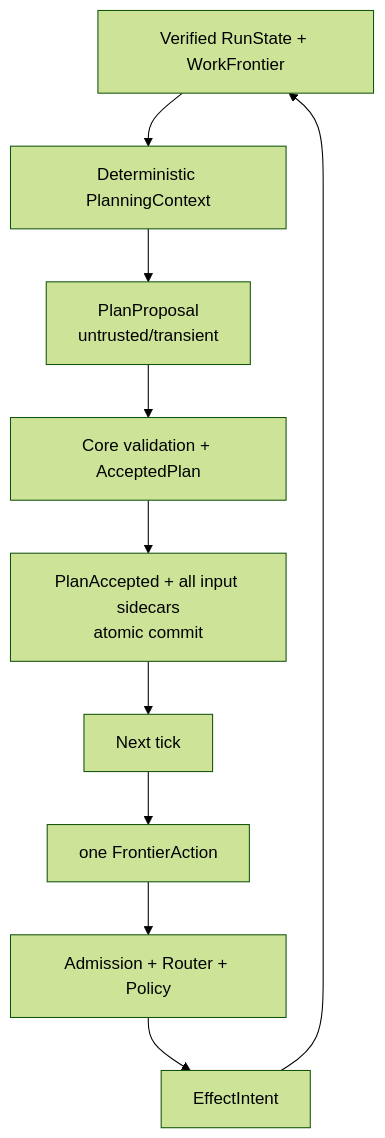
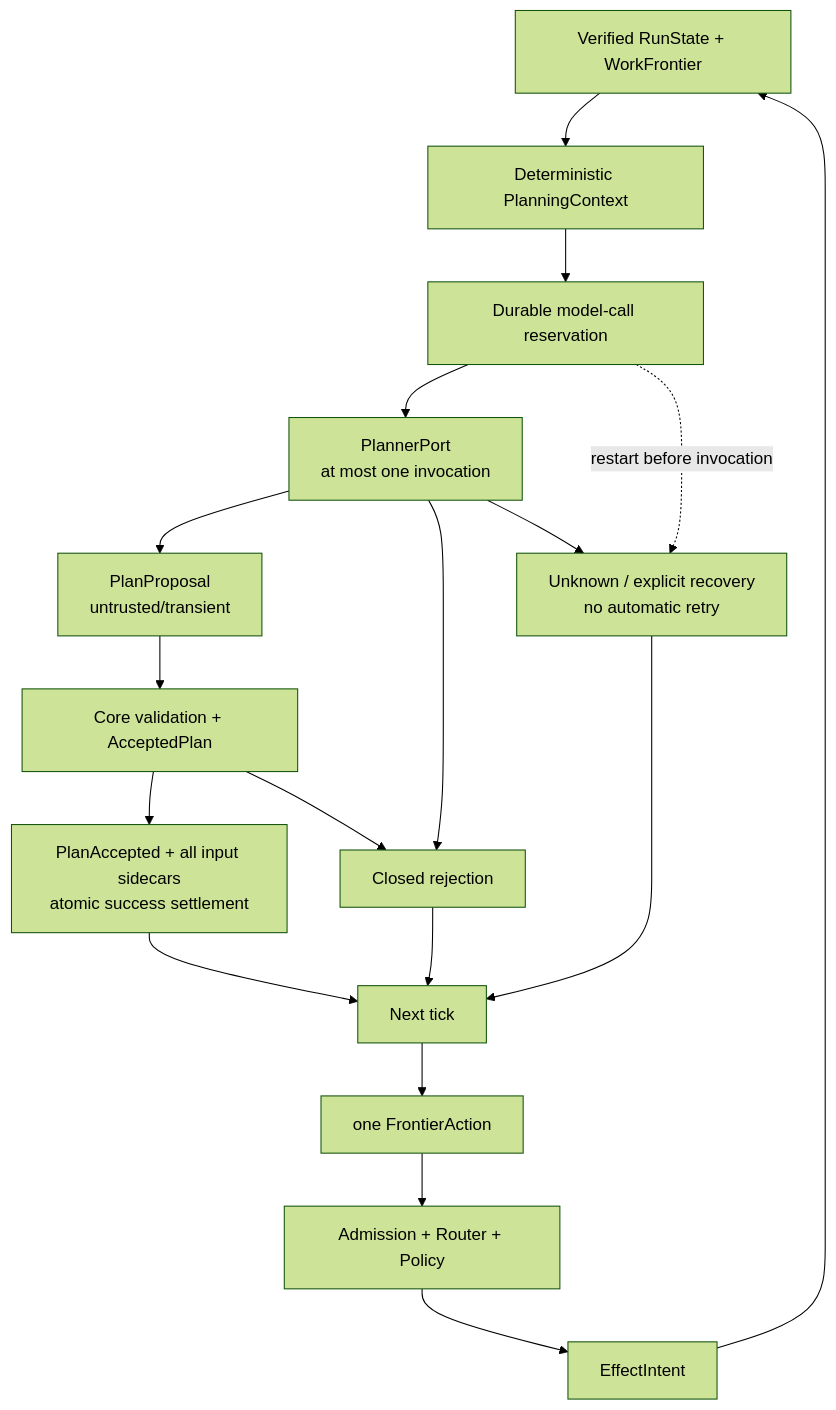
The diagram in docs/development/durable-planner-loop.md (PlateerLab/xgeny-cli), drawn with Mermaid (forest theme) before and after one commit. The commit also changed other lines of this file and 10 other files, not shown here.

````diff
--- a/docs/development/durable-planner-loop.md
+++ b/docs/development/durable-planner-loop.md
@@ -14,15 +14,23 @@
 ```mermaid
 flowchart TB
   State[Verified RunState + WorkFrontier]
   Context[Deterministic PlanningContext]
+  Reserve[Durable model-call reservation]
+  Port[PlannerPort\nat most one invocation]
   Proposal[PlanProposal\nuntrusted/transient]
   Accept[Core validation + AcceptedPlan]
-  Bundle[PlanAccepted + all input sidecars\natomic commit]
+  Bundle[PlanAccepted + all input sidecars\natomic success settlement]
+  Closed[Closed rejection]
+  Unknown[Unknown / explicit recovery\nno automatic retry]
   Tick[Next tick]
   Action[one FrontierAction]
   Admission[Admission + Router + Policy]
   Intent[EffectIntent]
 
-  State --> Context --> Proposal --> Accept --> Bundle --> Tick
+  State --> Context --> Reserve --> Port --> Proposal --> Accept --> Bundle --> Tick
+  Reserve -. restart before invocation .-> Unknown
+  Port --> Closed --> Tick
+  Port --> Unknown --> Tick
+  Accept --> Closed
   Tick --> Action --> Admission --> Intent --> State
 ```
````
